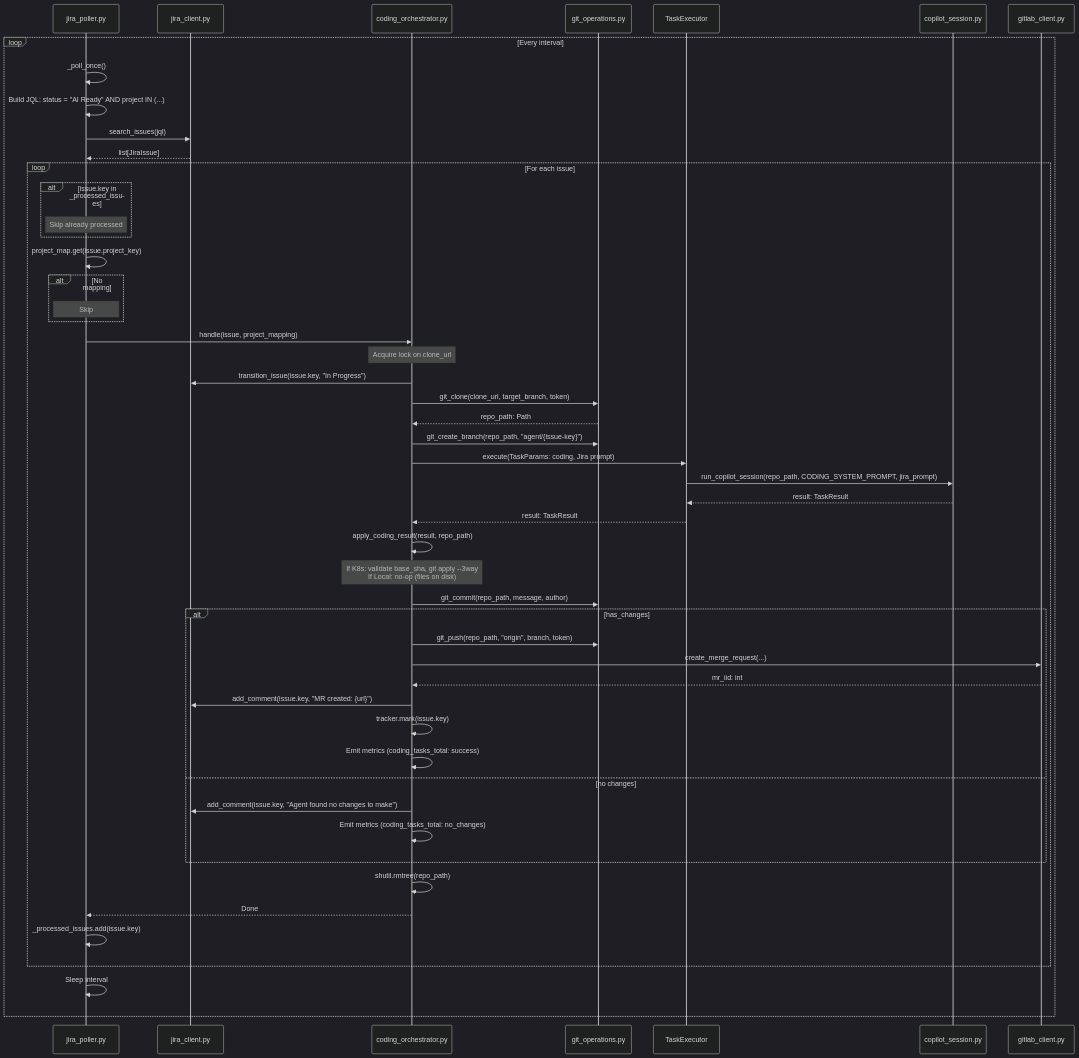
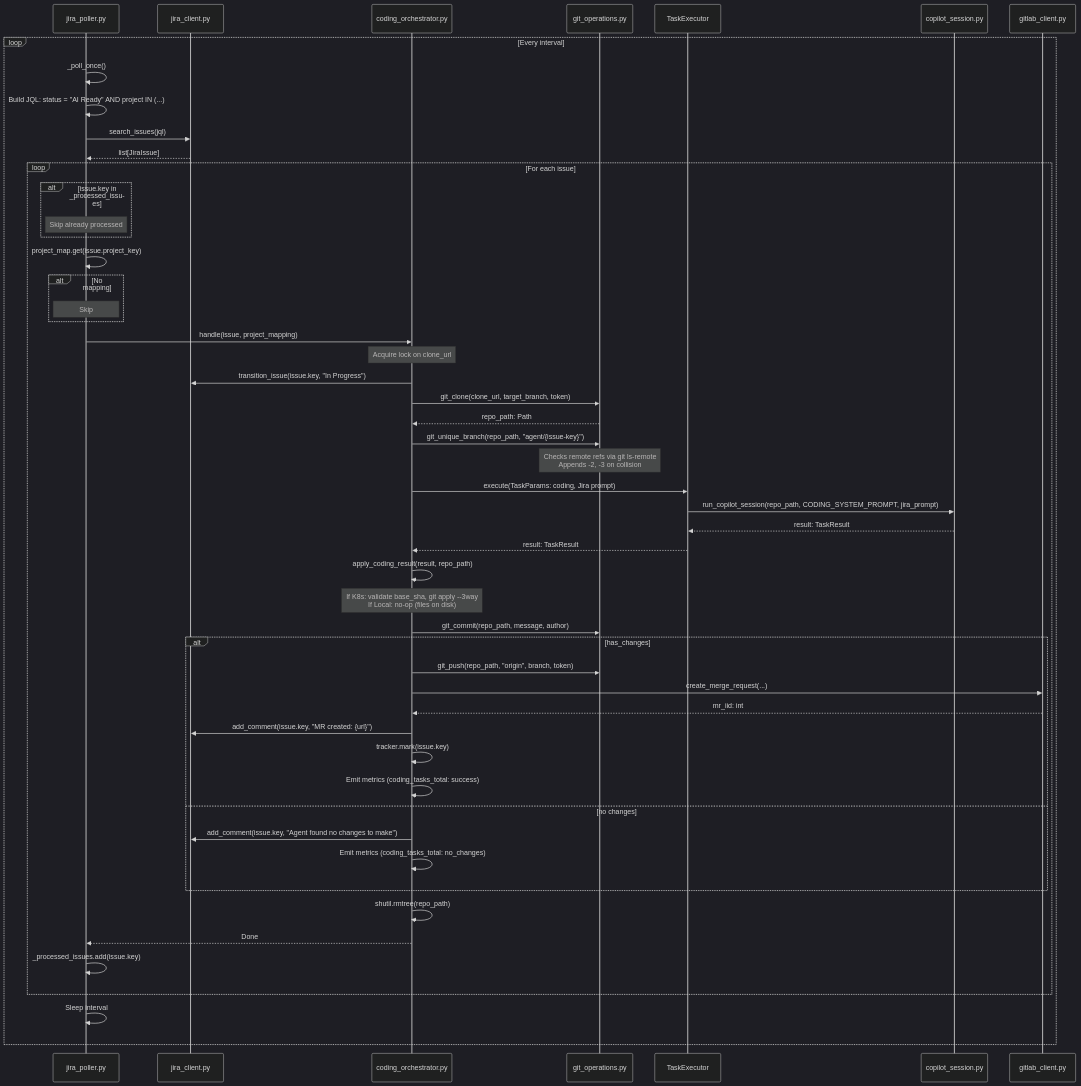
The fifth of 5 diagrams in docs/wiki/request-flows.md (peteroden/gitlab-copilot-agent), drawn with Mermaid (dark theme) before and after one commit. The commit also changed 16 other files, not shown here.

````diff
--- a/docs/wiki/request-flows.md
+++ b/docs/wiki/request-flows.md
@@ -259,66 +259,67 @@
 ```mermaid
 sequenceDiagram
     participant POLL as jira_poller.py
     participant JCL as jira_client.py
     participant CODING as coding_orchestrator.py
     participant GIT as git_operations.py
     participant EXEC as TaskExecutor
     participant COP as copilot_session.py
     participant GLCL as gitlab_client.py
     
     loop Every interval
         POLL->>POLL: _poll_once()
         POLL->>POLL: Build JQL: status = "AI Ready" AND project IN (...)
         POLL->>JCL: search_issues(jql)
         JCL-->>POLL: list[JiraIssue]
         
         loop For each issue
             alt issue.key in _processed_issues
                 Note over POLL: Skip already processed
             end
             
             POLL->>POLL: project_map.get(issue.project_key)
             alt No mapping
                 Note over POLL: Skip
             end
             
             POLL->>CODING: handle(issue, project_mapping)
             
             Note over CODING: Acquire lock on clone_url
             
             CODING->>JCL: transition_issue(issue.key, "In Progress")
             CODING->>GIT: git_clone(clone_url, target_branch, token)
             GIT-->>CODING: repo_path: Path
             
-            CODING->>GIT: git_create_branch(repo_path, "agent/{issue-key}")
+            CODING->>GIT: git_unique_branch(repo_path, "agent/{issue-key}")
+            Note over GIT: Checks remote refs via git ls-remote<br/>Appends -2, -3 on collision
             
             CODING->>EXEC: execute(TaskParams: coding, Jira prompt)
             EXEC->>COP: run_copilot_session(repo_path, CODING_SYSTEM_PROMPT, jira_prompt)
             COP-->>EXEC: result: TaskResult
             EXEC-->>CODING: result: TaskResult
             
             CODING->>CODING: apply_coding_result(result, repo_path)
             Note over CODING: If K8s: validate base_sha, git apply --3way<br/>If Local: no-op (files on disk)
             
             CODING->>GIT: git_commit(repo_path, message, author)
             alt has_changes
                 CODING->>GIT: git_push(repo_path, "origin", branch, token)
                 CODING->>GLCL: create_merge_request(...)
                 GLCL-->>CODING: mr_iid: int
                 CODING->>JCL: add_comment(issue.key, "MR created: {url}")
                 CODING->>CODING: tracker.mark(issue.key)
                 CODING->>CODING: Emit metrics (coding_tasks_total: success)
             else no changes
                 CODING->>JCL: add_comment(issue.key, "Agent found no changes to make")
                 CODING->>CODING: Emit metrics (coding_tasks_total: no_changes)
             end
             
             CODING->>CODING: shutil.rmtree(repo_path)
             CODING-->>POLL: Done
             
             POLL->>POLL: _processed_issues.add(issue.key)
         end
         
         POLL->>POLL: Sleep interval
     end
 ```
````
